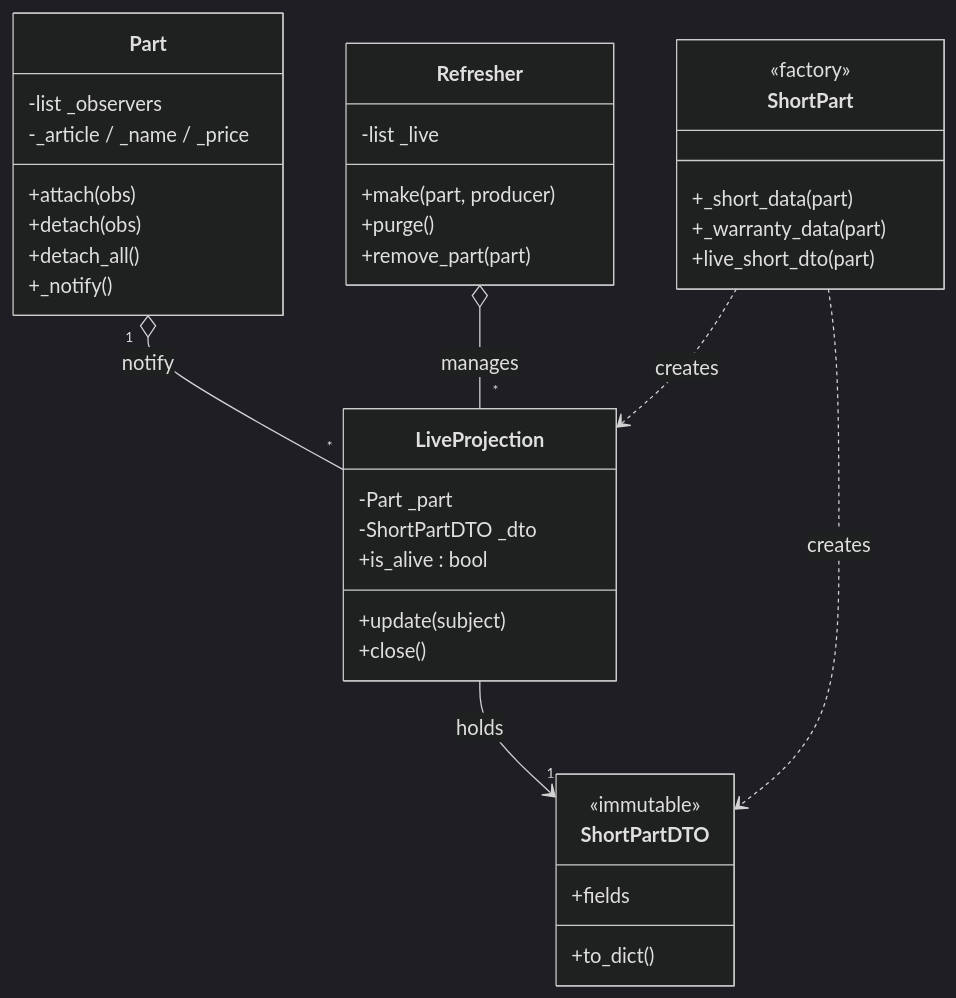
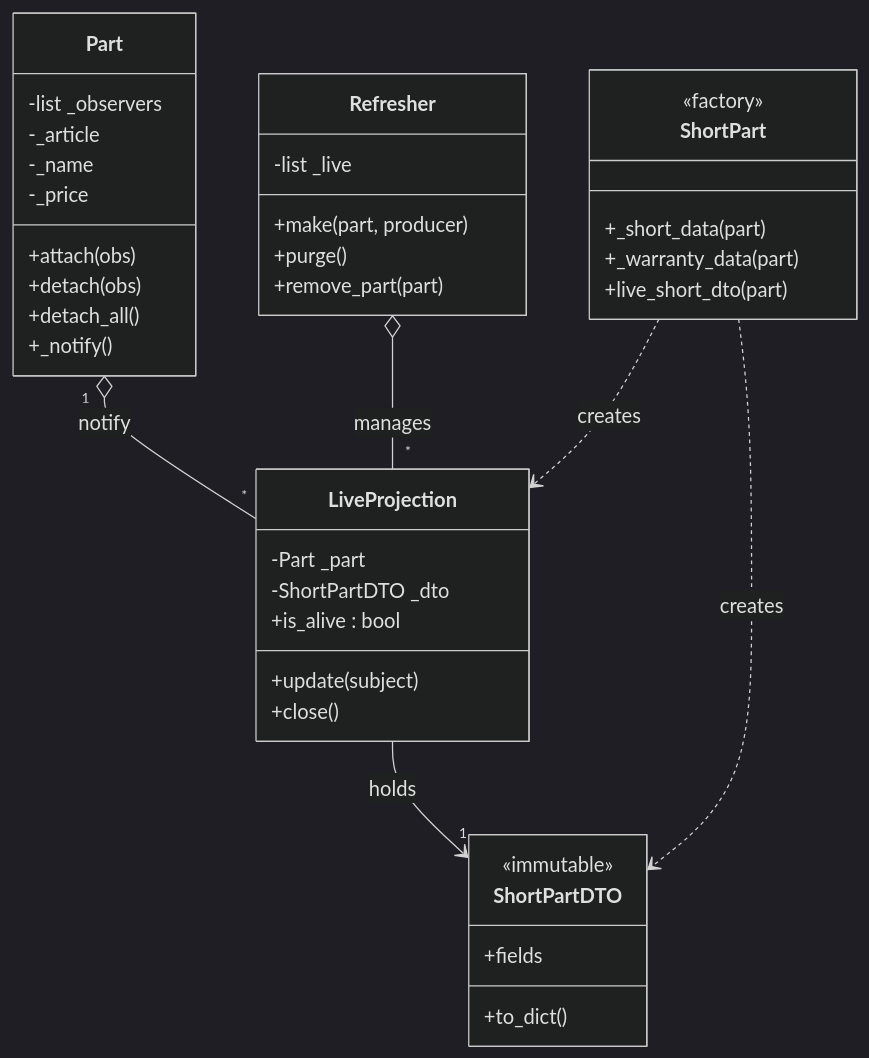
One commit to timxx21/lab2a changed the first of 5 diagrams in README.md. Above: the diagram before and after it, drawn with Mermaid (dark theme). The commit also changed other lines of this file, not shown here.

````diff
--- a/README.md
+++ b/README.md
@@ -10,40 +13,42 @@
 ```mermaid
 classDiagram
     class Part {
         -list _observers
-        -_article / _name / _price
+        -_article
+        -_name
+        -_price
         +attach(obs)
         +detach(obs)
         +detach_all()
         +_notify()
     }
     class LiveProjection {
         -Part _part
         -ShortPartDTO _dto
         +update(subject)
         +is_alive : bool
         +close()
     }
     class ShortPartDTO {
         <<immutable>>
         +fields
         +to_dict()
     }
     class Refresher {
         -list _live
         +make(part, producer)
         +purge()
         +remove_part(part)
     }
     class ShortPart {
         <<factory>>
         +_short_data(part)
         +_warranty_data(part)
         +live_short_dto(part)
     }
     Part "1" o-- "*" LiveProjection : notify
     LiveProjection --> "1" ShortPartDTO : holds
     Refresher o-- "*" LiveProjection : manages
     ShortPart ..> LiveProjection : creates
     ShortPart ..> ShortPartDTO : creates
 ```
````
